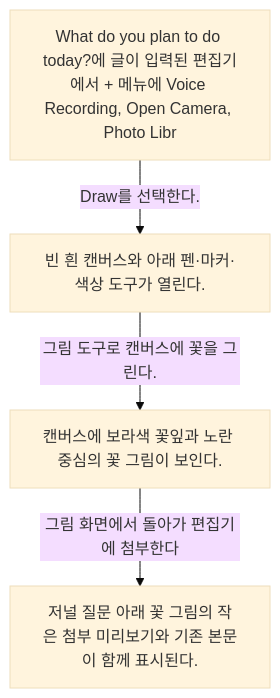
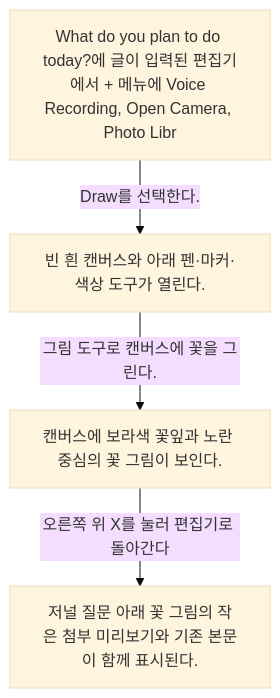
Before and after one commit to Dev-Corgi/Stoic-Build-Clone-Test: the diagram in docs/Stoic/flows/drawing-a-sketch-from-recording-a-voice-note-e6ca1bb5/README.md, drawn with Mermaid (base theme). The commit also changed other lines of this file and 23 other files, not shown here.

Commit message:
docs: verify Stoic flows with user-confirmed transitions

````diff
--- a/docs/Stoic/flows/drawing-a-sketch-from-recording-a-voice-note-e6ca1bb5/README.md
+++ b/docs/Stoic/flows/drawing-a-sketch-from-recording-a-voice-note-e6ca1bb5/README.md
@@ -8,10 +8,10 @@
 ```mermaid
 flowchart TD
   S1["What do you plan to do today?에 글이 입력된 편집기에서 + 메뉴에 Voice Recording, Open Camera, Photo Libr"]
   S1 -->|Draw를 선택한다.| S2
   S2["빈 흰 캔버스와 아래 펜·마커·색상 도구가 열린다."]
   S2 -->|그림 도구로 캔버스에 꽃을 그린다.| S3
   S3["캔버스에 보라색 꽃잎과 노란 중심의 꽃 그림이 보인다."]
-  S3 -->|그림 화면에서 돌아가 편집기에 첨부한다| S4
+  S3 -->|오른쪽 위 X를 눌러 편집기로 돌아간다| S4
   S4["저널 질문 아래 꽃 그림의 작은 첨부 미리보기와 기존 본문이 함께 표시된다."]
 ```
````
